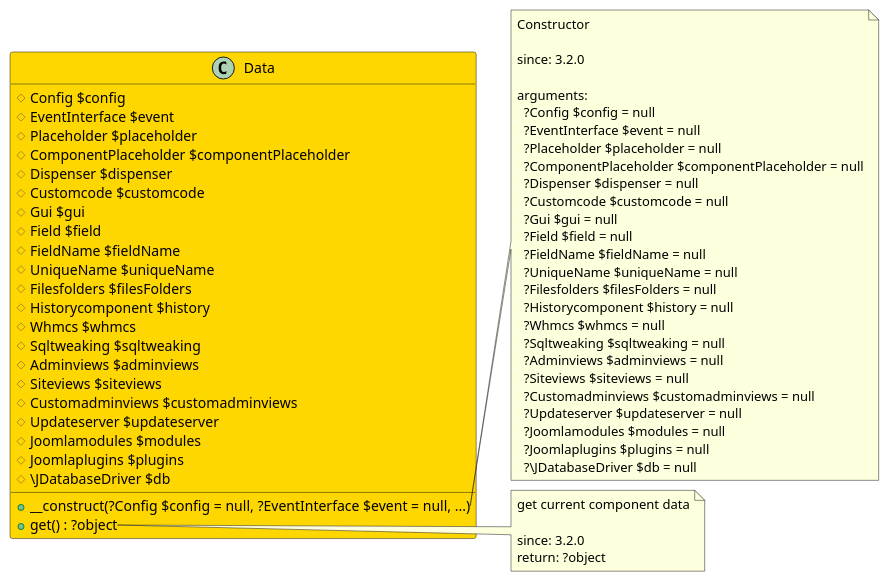
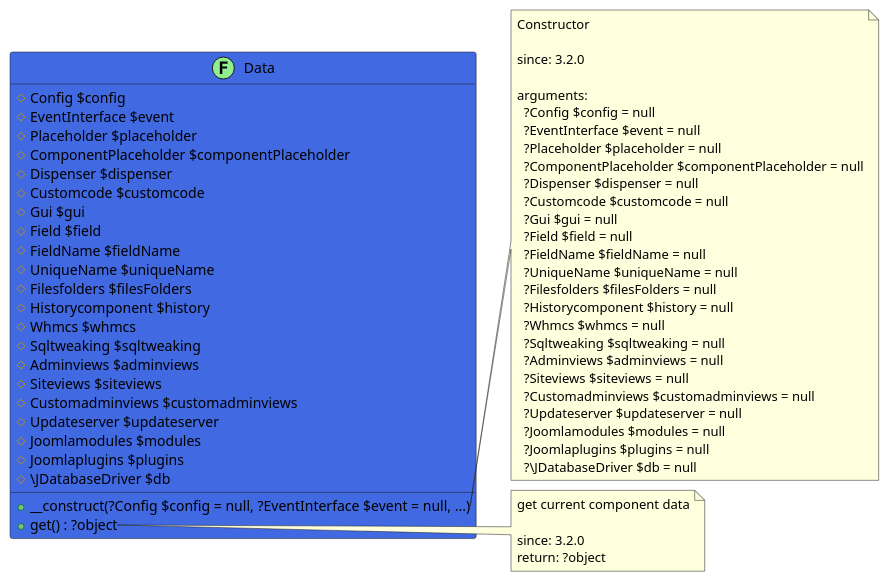
One commit to joomengine/jcb-compiler changed the diagram in src/ef9578e5-4c9d-46bf-866f-3a94bdc7b753/README.md. Above: the diagram before and after it, drawn with PlantUML. The commit also changed other lines of this file and 725 other files, not shown here.

````diff
--- a/src/ef9578e5-4c9d-46bf-866f-3a94bdc7b753/README.md
+++ b/src/ef9578e5-4c9d-46bf-866f-3a94bdc7b753/README.md
@@ -11,66 +11,66 @@
 ```uml
 @startuml
-class Data  #Gold {
+class Data << (F,LightGreen) >> #RoyalBlue {
   # Config $config
   # EventInterface $event
   # Placeholder $placeholder
   # ComponentPlaceholder $componentPlaceholder
   # Dispenser $dispenser
   # Customcode $customcode
   # Gui $gui
   # Field $field
   # FieldName $fieldName
   # UniqueName $uniqueName
   # Filesfolders $filesFolders
   # Historycomponent $history
   # Whmcs $whmcs
   # Sqltweaking $sqltweaking
   # Adminviews $adminviews
   # Siteviews $siteviews
   # Customadminviews $customadminviews
   # Updateserver $updateserver
   # Joomlamodules $modules
   # Joomlaplugins $plugins
   # \JDatabaseDriver $db
   + __construct(?Config $config = null, ?EventInterface $event = null, ...)
   + get() : ?object
 }
 
 note right of Data::__construct
   Constructor
 
   since: 3.2.0
   
   arguments:
     ?Config $config = null
     ?EventInterface $event = null
     ?Placeholder $placeholder = null
     ?ComponentPlaceholder $componentPlaceholder = null
     ?Dispenser $dispenser = null
     ?Customcode $customcode = null
     ?Gui $gui = null
     ?Field $field = null
     ?FieldName $fieldName = null
     ?UniqueName $uniqueName = null
     ?Filesfolders $filesFolders = null
     ?Historycomponent $history = null
     ?Whmcs $whmcs = null
     ?Sqltweaking $sqltweaking = null
     ?Adminviews $adminviews = null
     ?Siteviews $siteviews = null
     ?Customadminviews $customadminviews = null
     ?Updateserver $updateserver = null
     ?Joomlamodules $modules = null
     ?Joomlaplugins $plugins = null
     ?\JDatabaseDriver $db = null
 end note
 
 note right of Data::get
   get current component data
 
   since: 3.2.0
   return: ?object
 end note
  
 @enduml
 ```
````
